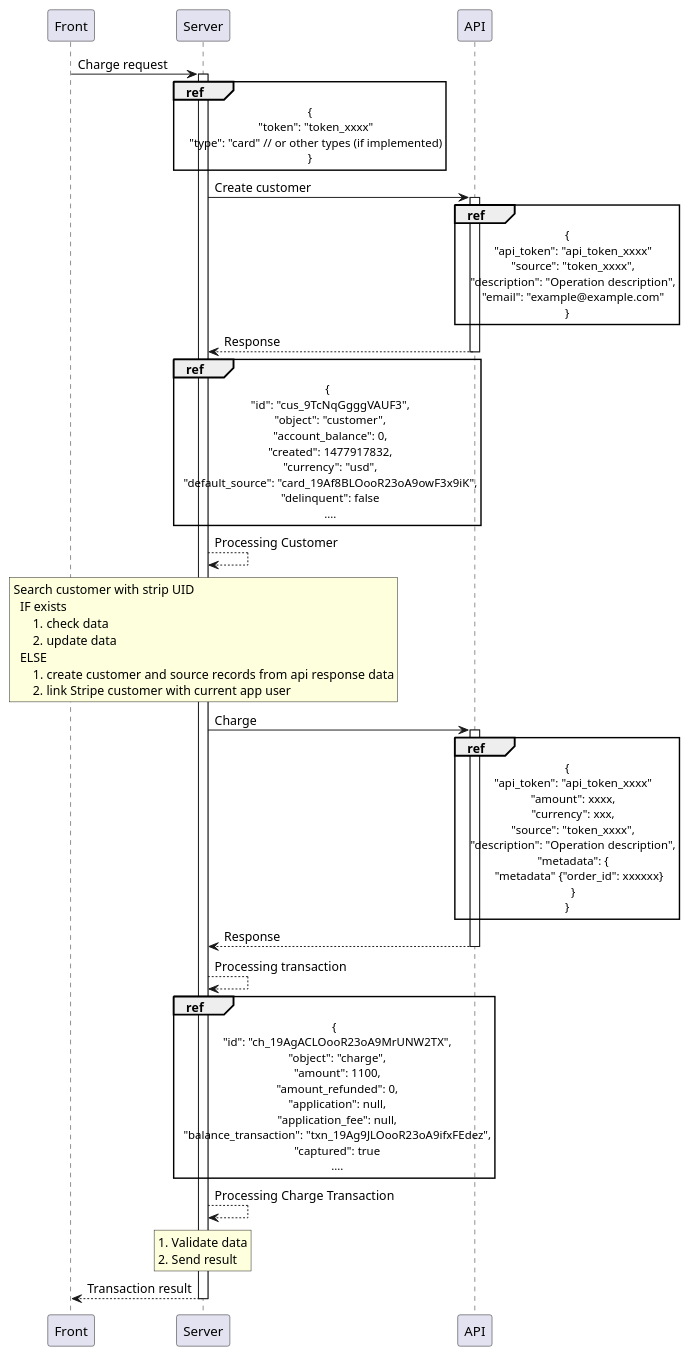
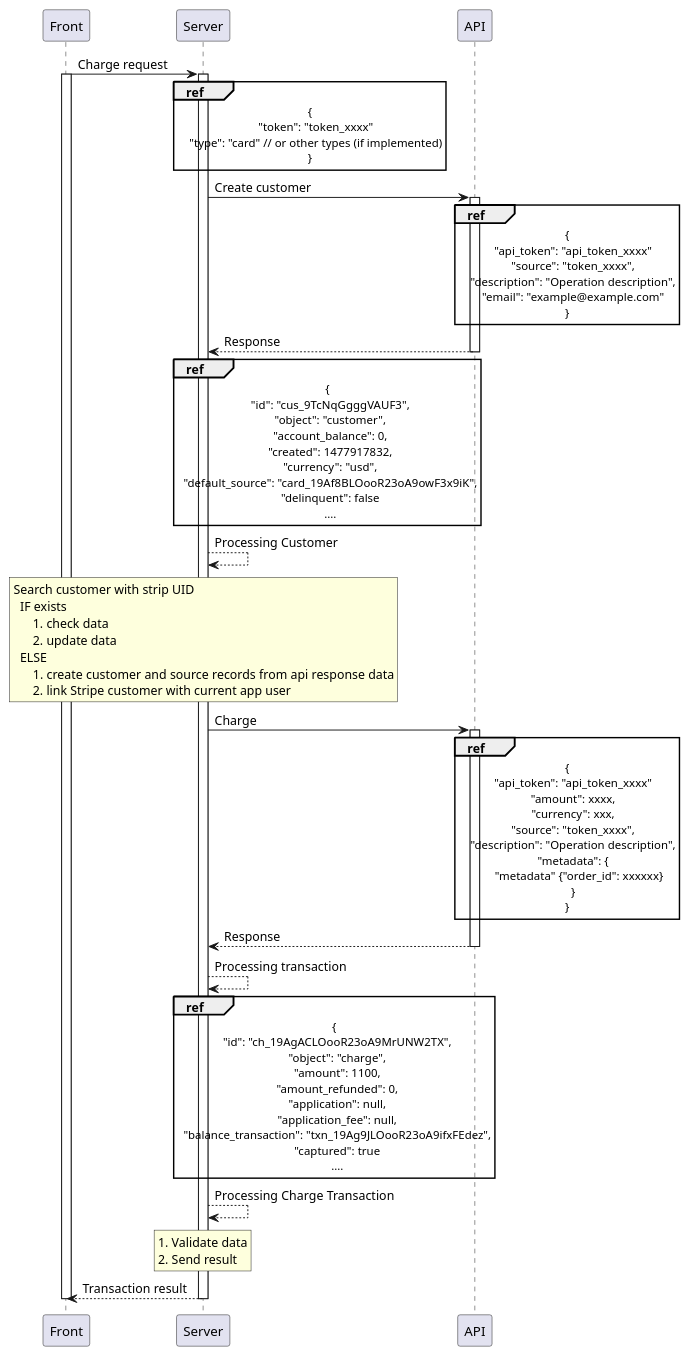
One commit to Dell-/yii2-stripe changed the diagram in uml/chrge.puml. Above: the diagram before and after it, drawn with PlantUML. The commit also changed 19 other files, not shown here.

```diff
--- a/uml/chrge.puml
+++ b/uml/chrge.puml
@@ -1,90 +1,92 @@
 @startuml
 Front -> Server: Charge request
 activate Server
+activate Front
 ref over Server
   {
       "token": "token_xxxx"
       "type": "card" // or other types (if implemented)
   }
 end ref
 
 Server -> API: Create customer
 activate API
 
 ref over API
   {
       "api_token": "api_token_xxxx"
       "source": "token_xxxx",
       "description": "Operation description",
       "email": "example@example.com"
   }
 end ref
 
 API --> Server: Response
 deactivate API
 
 ref over Server
     {
       "id": "cus_9TcNqGgggVAUF3",
       "object": "customer",
       "account_balance": 0,
       "created": 1477917832,
       "currency": "usd",
       "default_source": "card_19Af8BLOooR23oA9owF3x9iK",
       "delinquent": false
       ....
 end ref
 
 Server --> Server: Processing Customer
 rnote over Server
   Search customer with strip UID
     IF exists
         1. check data
         2. update data
     ELSE
         1. create customer and source records from api response data
         2. link Stripe customer with current app user
 endrnote
 
 Server -> API: Charge
 activate API
 
 ref over API
   {
       "api_token": "api_token_xxxx"
       "amount": xxxx,
       "currency": xxx,
       "source": "token_xxxx",
       "description": "Operation description",
       "metadata": {
           "metadata" {"order_id": xxxxxx}
       }
   }
 end ref
 
 API --> Server: Response
 deactivate API
 
 Server --> Server: Processing transaction
 ref over Server
   {
     "id": "ch_19AgACLOooR23oA9MrUNW2TX",
     "object": "charge",
     "amount": 1100,
     "amount_refunded": 0,
     "application": null,
     "application_fee": null,
     "balance_transaction": "txn_19Ag9JLOooR23oA9ifxFEdez",
     "captured": true
     ....
 end ref
 
 Server --> Server: Processing Charge Transaction
 rnote over Server
   # Validate data
   # Send result
 endrnote
 
 Server --> Front: Transaction result
 deactivate Server
+deactivate Front
 @enduml
```
